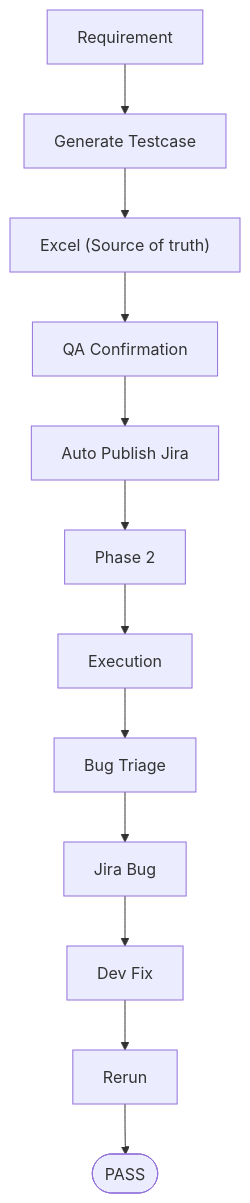
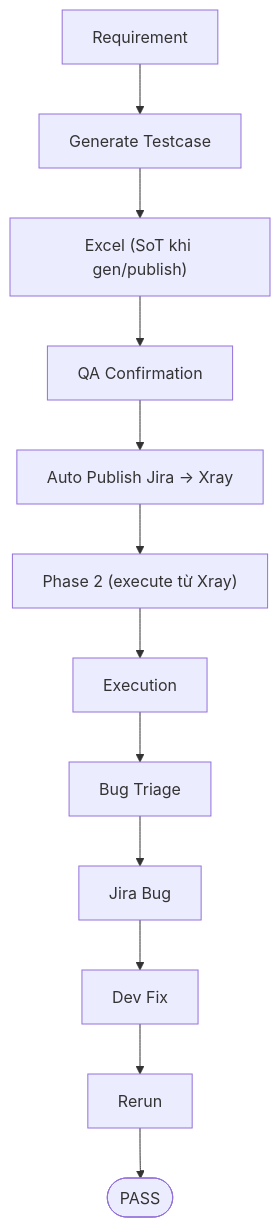
One commit to manhnh-sapp/test-automation-kit_v2 changed the second of 3 diagrams in README.md. Above: the diagram before and after it, drawn with Mermaid. The commit also changed other lines of this file and 8 other files, not shown here.

First line of the commit message:
docs(kit): siết wording Excel "source of truth" cho nhất quán (gen/publish vs execute từ Xray)

````diff
--- a/README.md
+++ b/README.md
@@ -46,14 +46,14 @@
 ```mermaid
 flowchart TD
     A[Requirement] --> B[Generate Testcase]
-    B --> C["Excel (Source of truth)"]
+    B --> C["Excel (SoT khi gen/publish)"]
     C --> D[QA Confirmation]
-    D --> E[Auto Publish Jira]
-    E --> F[Phase 2]
+    D --> E[Auto Publish Jira → Xray]
+    E --> F["Phase 2 (execute từ Xray)"]
     F --> G[Execution]
     G --> H[Bug Triage]
     H --> I[Jira Bug]
     I --> J[Dev Fix]
     J --> K[Rerun]
     K --> L([PASS])
 ```
````
